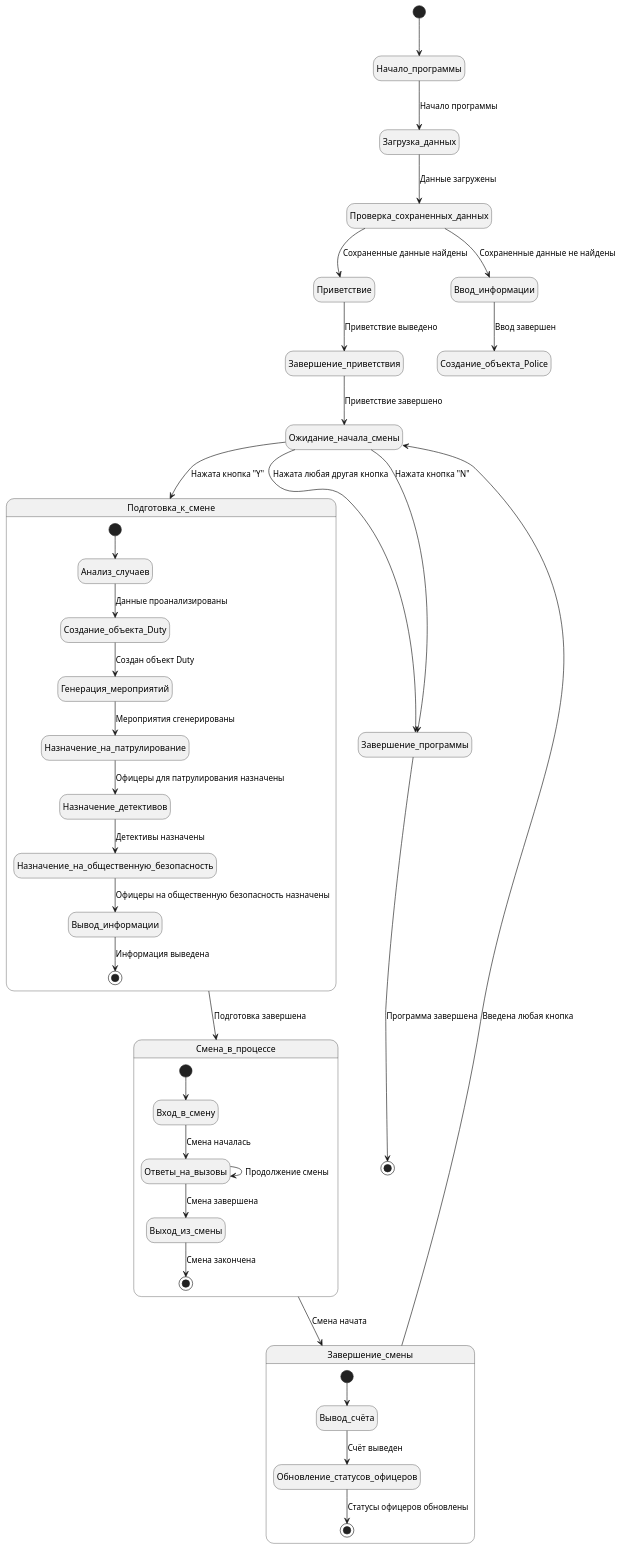
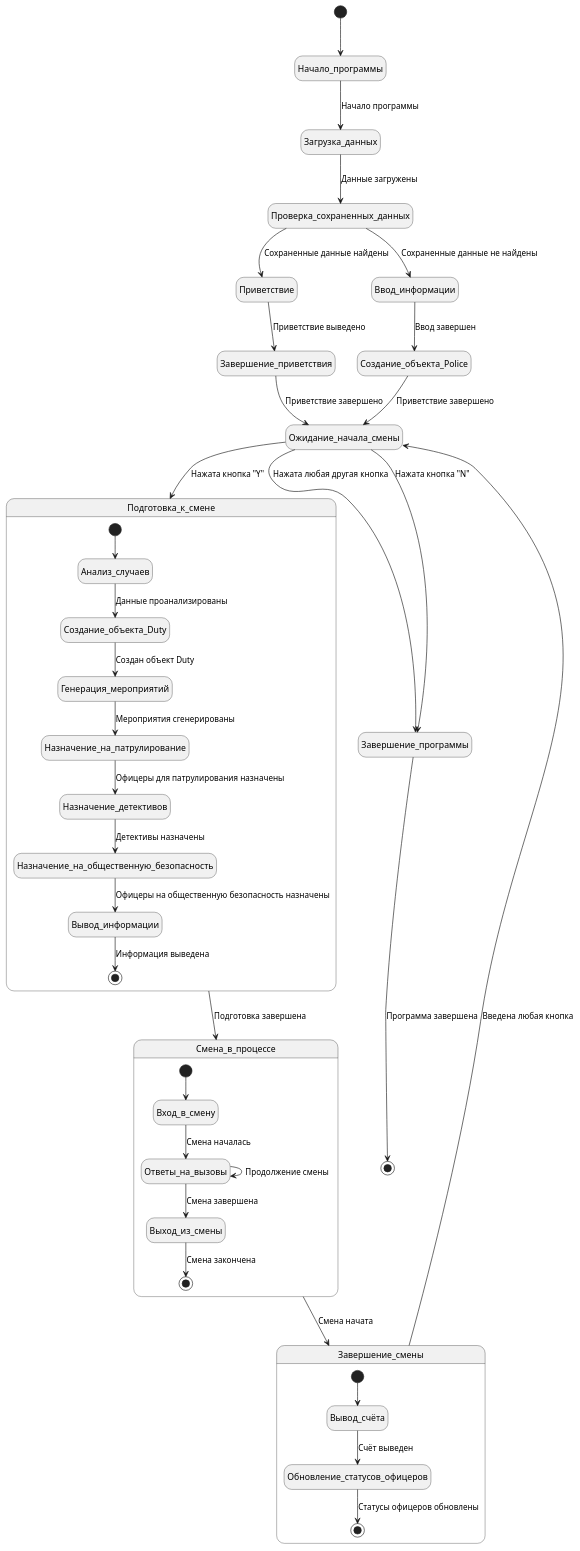
The diagram in Police/puml/state_uml.puml (staceeey89/ppois-2-2024), drawn with PlantUML before and after one commit. The commit also changed 4 other files, not shown here.

```diff
--- a/Police/puml/state_uml.puml
+++ b/Police/puml/state_uml.puml
@@ -1,50 +1,51 @@
 @startuml
 hide empty description
 
 [*] --> Начало_программы
 
 Начало_программы --> Загрузка_данных: Начало программы
 Загрузка_данных --> Проверка_сохраненных_данных: Данные загружены
 Проверка_сохраненных_данных --> Приветствие: Сохраненные данные найдены
 Проверка_сохраненных_данных --> Ввод_информации: Сохраненные данные не найдены
 Приветствие --> Завершение_приветствия: Приветствие выведено
 Ввод_информации --> Создание_объекта_Police: Ввод завершен
+Создание_объекта_Police --> Ожидание_начала_смены: Приветствие завершено
 Завершение_приветствия --> Ожидание_начала_смены: Приветствие завершено
 Ожидание_начала_смены --> Подготовка_к_смене: Нажата кнопка "Y"
 Ожидание_начала_смены --> Завершение_программы: Нажата любая другая кнопка
 
 state Подготовка_к_смене {
  [*] --> Анализ_случаев
 
  Анализ_случаев --> Создание_объекта_Duty: Данные проанализированы
  Создание_объекта_Duty --> Генерация_мероприятий: Создан объект Duty
  Генерация_мероприятий --> Назначение_на_патрулирование: Мероприятия сгенерированы
  Назначение_на_патрулирование --> Назначение_детективов: Офицеры для патрулирования назначены
  Назначение_детективов --> Назначение_на_общественную_безопасность: Детективы назначены
  Назначение_на_общественную_безопасность --> Вывод_информации: Офицеры на общественную безопасность назначены
  Вывод_информации --> [*]: Информация выведена
 }
 
 state Смена_в_процессе {
  [*] --> Вход_в_смену
 
  Вход_в_смену --> Ответы_на_вызовы: Смена началась
  Ответы_на_вызовы --> Ответы_на_вызовы: Продолжение смены
  Ответы_на_вызовы --> Выход_из_смены: Смена завершена
  Выход_из_смены --> [*]: Смена закончена
 }
 
 Подготовка_к_смене --> Смена_в_процессе: Подготовка завершена
 Смена_в_процессе --> Завершение_смены: Смена начата
 Завершение_смены --> Ожидание_начала_смены: Введена любая кнопка
 
 state Завершение_смены {
  [*] --> Вывод_счёта
 
  Вывод_счёта --> Обновление_статусов_офицеров: Счёт выведен
  Обновление_статусов_офицеров --> [*]: Статусы офицеров обновлены
 }
 
 Ожидание_начала_смены --> Завершение_программы: Нажата кнопка "N"
 Завершение_программы --> [*]: Программа завершена
 @enduml
```
